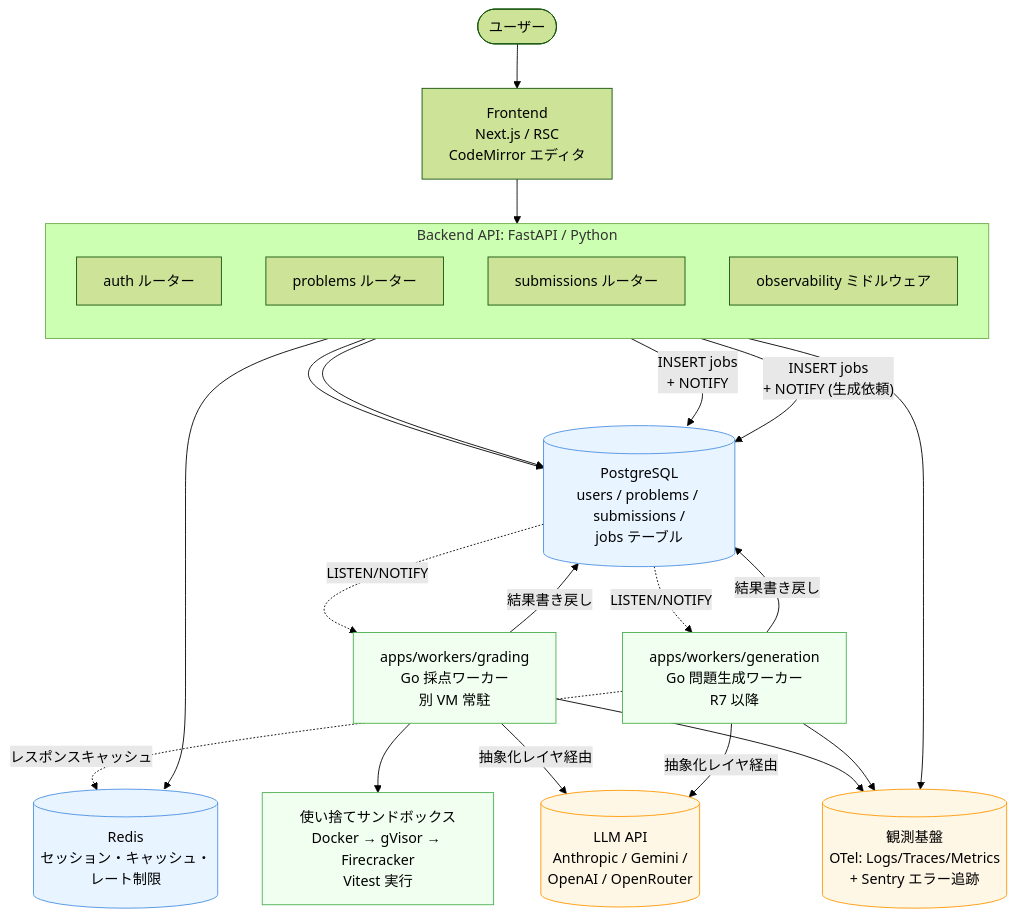
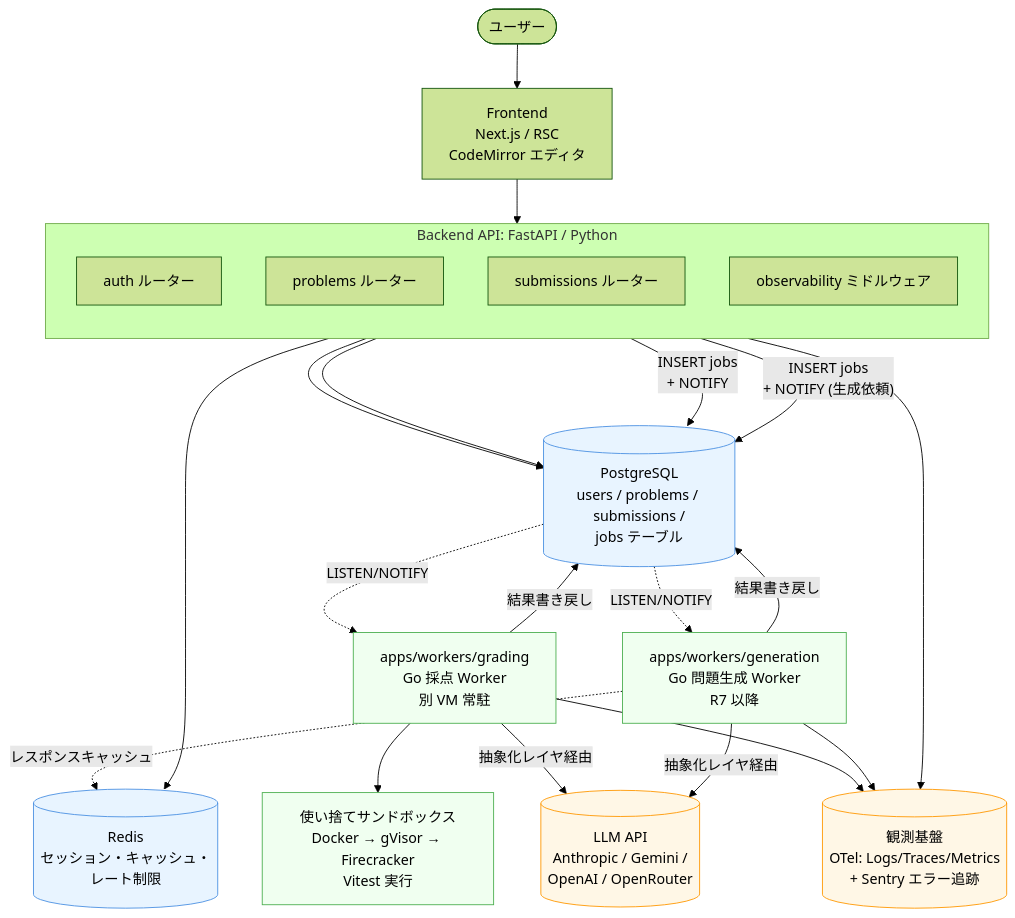
One commit to yzanbo/ai-coding-drill-python changed the first of 3 diagrams in docs/requirements/2-foundation/02-architecture.md. Above: the diagram before and after it, drawn with Mermaid (forest theme). The commit also changed other lines of this file and 17 other files, not shown here.

````diff
--- a/docs/requirements/2-foundation/02-architecture.md
+++ b/docs/requirements/2-foundation/02-architecture.md
@@ -10,45 +10,45 @@
 ```mermaid
 flowchart TB
     User([ユーザー])
 
     User --> FE[Frontend<br/>Next.js / RSC<br/>CodeMirror エディタ]
 
     FE --> API
 
     subgraph API[Backend API: FastAPI / Python]
         direction TB
         AuthMod[auth ルーター]
         ProbMod[problems ルーター]
         GradMod[submissions ルーター]
         ObsMod[observability ミドルウェア]
     end
 
     AuthMod --> Redis[(Redis<br/>セッション・キャッシュ・<br/>レート制限)]
     AuthMod --> PG
     ProbMod --> PG[(PostgreSQL<br/>users / problems / submissions /<br/>jobs テーブル)]
     GradMod -- "INSERT jobs<br/>+ NOTIFY" --> PG
     ProbMod -- "INSERT jobs<br/>+ NOTIFY (生成依頼)" --> PG
 
     PG -. LISTEN/NOTIFY .-> GradWorker
     PG -. LISTEN/NOTIFY .-> GenWorker
 
-    GradWorker[apps/workers/grading<br/>Go 採点ワーカー<br/>別 VM 常駐] --> Sandbox
+    GradWorker[apps/workers/grading<br/>Go 採点 Worker<br/>別 VM 常駐] --> Sandbox
     GradWorker -- 抽象化レイヤ経由 --> LLM[(LLM API<br/>Anthropic / Gemini /<br/>OpenAI / OpenRouter)]
     Sandbox[使い捨てサンドボックス<br/>Docker → gVisor → Firecracker<br/>Vitest 実行]
     GradWorker -- 結果書き戻し --> PG
 
-    GenWorker[apps/workers/generation<br/>Go 問題生成ワーカー<br/>R7 以降] -- 抽象化レイヤ経由 --> LLM
+    GenWorker[apps/workers/generation<br/>Go 問題生成 Worker<br/>R7 以降] -- 抽象化レイヤ経由 --> LLM
     GenWorker -. レスポンスキャッシュ .-> Redis
     GenWorker -- 結果書き戻し --> PG
 
     ObsMod --> Otel[(観測基盤<br/>OTel: Logs/Traces/Metrics<br/>+ Sentry エラー追跡)]
     GradWorker --> Otel
     GenWorker --> Otel
 
     classDef store fill:#e8f4ff,stroke:#4a90e2;
     classDef external fill:#fff7e6,stroke:#ff9800;
     classDef worker fill:#f0fff0,stroke:#4caf50;
     class PG,Redis store;
     class LLM,Otel external;
     class GradWorker,GenWorker,Sandbox worker;
 ```
````
